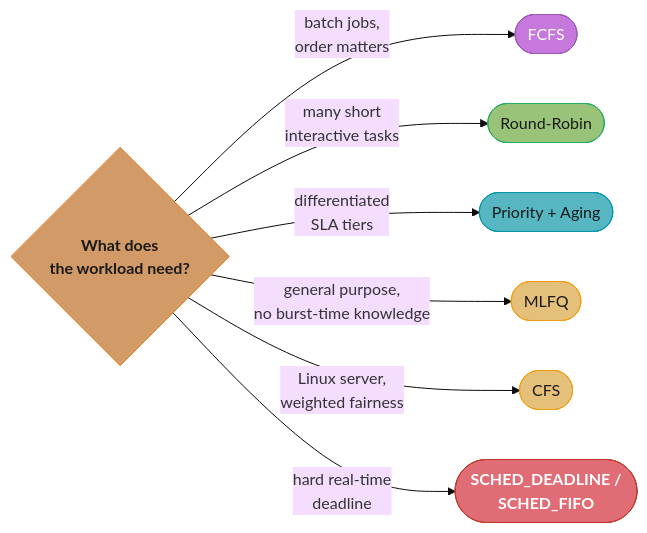
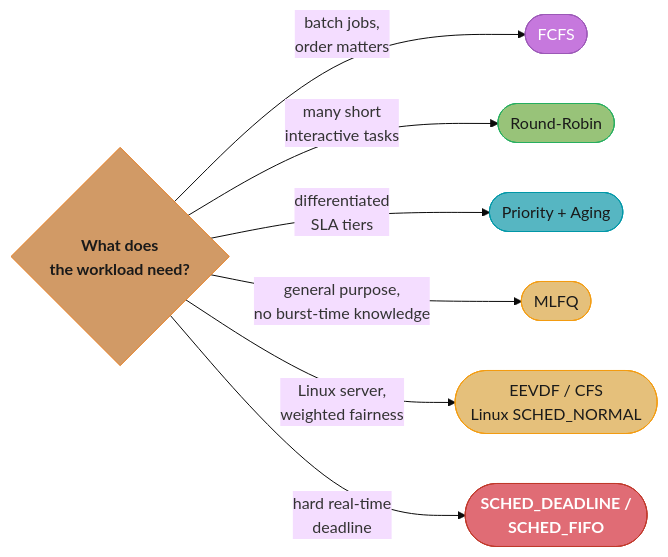
Before and after one commit to rppol/system-design: the fifth of 7 diagrams in src/main/java/com/rutik/systemdesign/cs_fundamentals/cpu_scheduling_algorithms/cpu_scheduling_algorithms.md, drawn with Mermaid (base theme). The commit also changed other lines of this file and 13 other files, not shown here.

````diff
--- a/src/main/java/com/rutik/systemdesign/cs_fundamentals/cpu_scheduling_algorithms/cpu_scheduling_algorithms.md
+++ b/src/main/java/com/rutik/systemdesign/cs_fundamentals/cpu_scheduling_algorithms/cpu_scheduling_algorithms.md
@@ -555,26 +564,26 @@
 ```mermaid
 flowchart LR
     classDef io      fill:#61afef,stroke:#2e86c1,color:#1a1a1a,font-weight:bold
     classDef frozen  fill:#c678dd,stroke:#9b59b6,color:#fff
     classDef train   fill:#98c379,stroke:#27ae60,color:#1a1a1a
     classDef mathOp  fill:#d19a66,stroke:#e67e22,color:#1a1a1a,font-weight:bold
     classDef lossN   fill:#e06c75,stroke:#c0392b,color:#fff,font-weight:bold
     classDef req     fill:#56b6c2,stroke:#0097a7,color:#1a1a1a
     classDef base    fill:#e5c07b,stroke:#f39c12,color:#1a1a1a
 
     start{What does<br/>the workload need?}
     start -->|"batch jobs,<br/>order matters"| fcfs([FCFS])
     start -->|"many short<br/>interactive tasks"| rr([Round-Robin])
     start -->|"differentiated<br/>SLA tiers"| prio([Priority + Aging])
     start -->|"general purpose,<br/>no burst-time knowledge"| mlfq([MLFQ])
-    start -->|"Linux server,<br/>weighted fairness"| cfs([CFS])
+    start -->|"Linux server,<br/>weighted fairness"| cfs([EEVDF / CFS<br/>Linux SCHED_NORMAL])
     start -->|"hard real-time<br/>deadline"| rt([SCHED_DEADLINE /<br/>SCHED_FIFO])
 
     class start mathOp
     class fcfs frozen
     class rr train
     class prio req
     class mlfq base
     class cfs base
     class rt lossN
 ```
````
